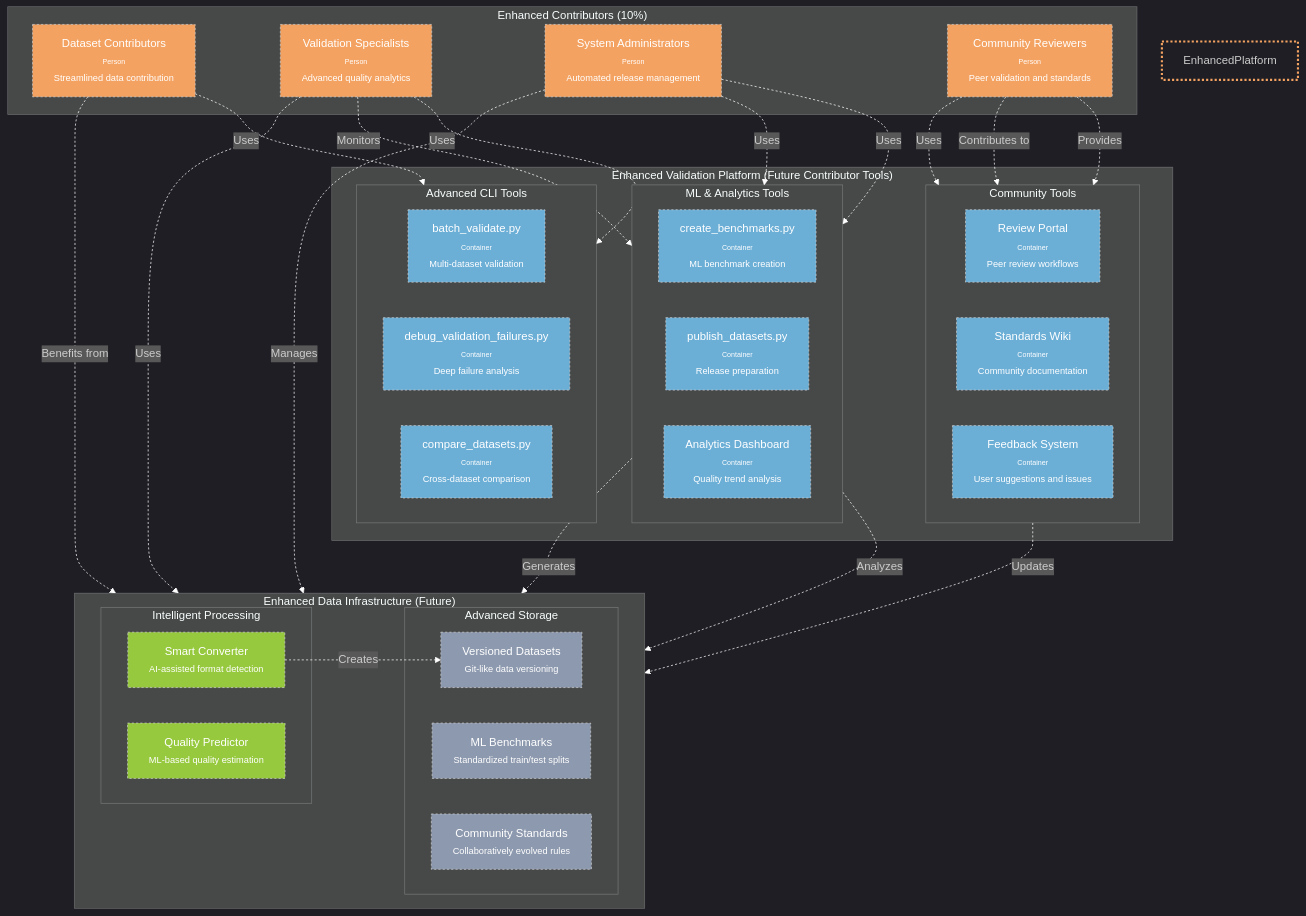
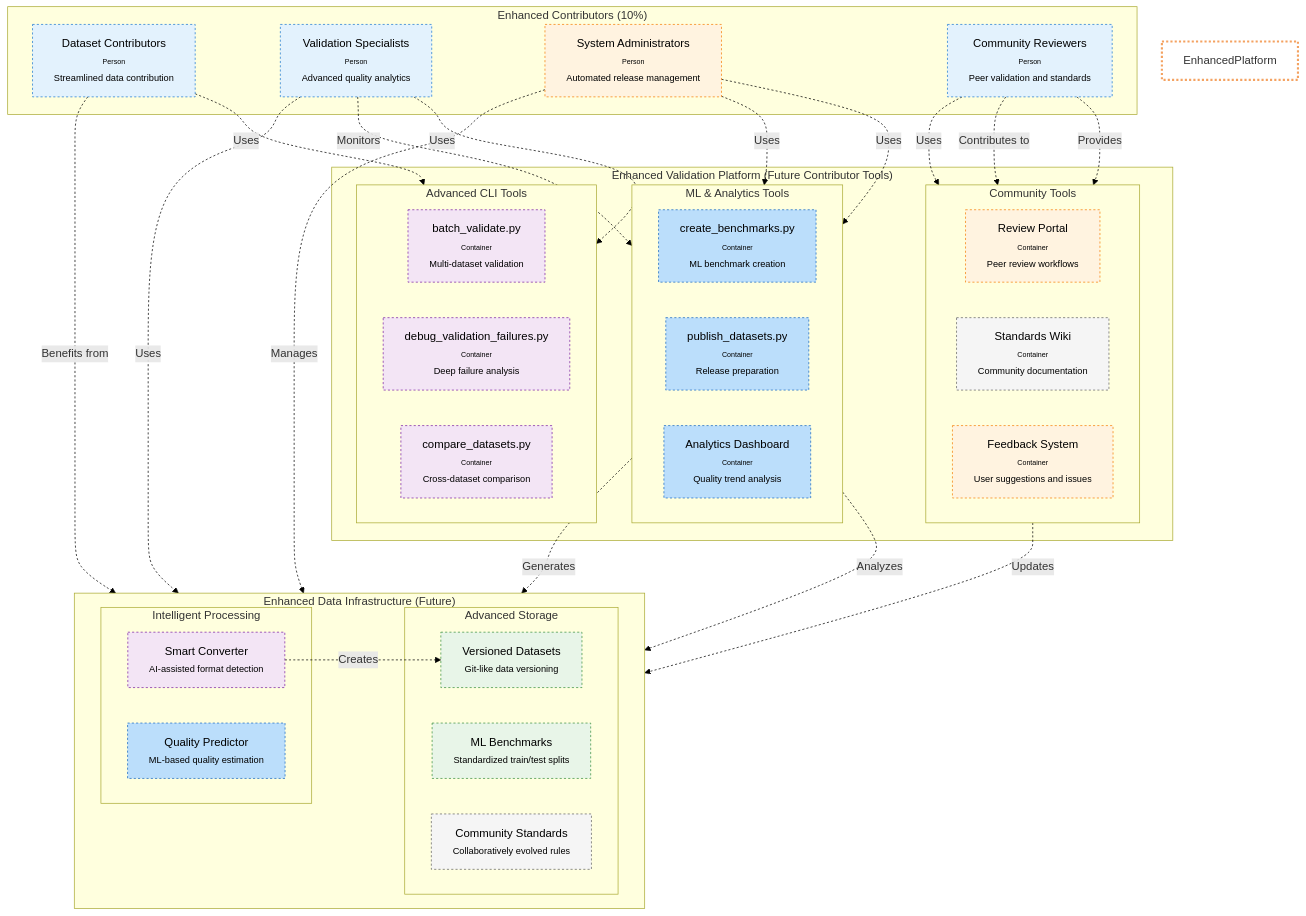
The first of 2 diagrams in docs/software_engineering/docs/03b_FUTURE_ARCHITECTURE.md (jmontp/LocoHub), drawn with Mermaid before and after one commit. The commit also changed other lines of this file and 14 other files, not shown here.

````diff
--- a/docs/software_engineering/docs/03b_FUTURE_ARCHITECTURE.md
+++ b/docs/software_engineering/docs/03b_FUTURE_ARCHITECTURE.md
@@ -28,5 +28,5 @@
 ```mermaid
-%%{init: {'theme': 'dark'}}%%
+%%{init: {'theme': 'default'}}%%
 graph TD
     subgraph "Enhanced Contributors (10%)"
         contributors["Dataset Contributors<br/><font size='-2'>Person</font><br/><font size='-1'>Streamlined data contribution</font>"]
@@ -96,26 +96,26 @@
     review_portal -- "Updates" --> community_standards
 
     %% Styling - Future Implementation (Dashed)
-    style contributors fill:#f4a261,color:white,stroke-dasharray:3
-    style specialists fill:#f4a261,color:white,stroke-dasharray:3
-    style admins fill:#f4a261,color:white,stroke-dasharray:3
-    style reviewers fill:#f4a261,color:white,stroke-dasharray:3
+    style contributors fill:#e3f2fd,color:#000000,stroke:#1976d2,stroke-dasharray:3
+    style specialists fill:#e3f2fd,color:#000000,stroke:#1976d2,stroke-dasharray:3
+    style admins fill:#fff3e0,color:#000000,stroke:#f57c00,stroke-dasharray:3
+    style reviewers fill:#e3f2fd,color:#000000,stroke:#1976d2,stroke-dasharray:3
     
-    style batch_validate fill:#6baed6,color:white,stroke-dasharray:3
-    style debug_failures fill:#6baed6,color:white,stroke-dasharray:3
-    style compare_datasets fill:#6baed6,color:white,stroke-dasharray:3
-    style create_benchmarks fill:#6baed6,color:white,stroke-dasharray:3
-    style publish_datasets fill:#6baed6,color:white,stroke-dasharray:3
-    style analytics_dashboard fill:#6baed6,color:white,stroke-dasharray:3
-    style review_portal fill:#6baed6,color:white,stroke-dasharray:3
-    style standards_wiki fill:#6baed6,color:white,stroke-dasharray:3
-    style feedback_system fill:#6baed6,color:white,stroke-dasharray:3
+    style batch_validate fill:#f3e5f5,color:#000000,stroke:#7b1fa2,stroke-dasharray:3
+    style debug_failures fill:#f3e5f5,color:#000000,stroke:#7b1fa2,stroke-dasharray:3
+    style compare_datasets fill:#f3e5f5,color:#000000,stroke:#7b1fa2,stroke-dasharray:3
+    style create_benchmarks fill:#bbdefb,color:#000000,stroke:#1565c0,stroke-dasharray:3
+    style publish_datasets fill:#bbdefb,color:#000000,stroke:#1565c0,stroke-dasharray:3
+    style analytics_dashboard fill:#bbdefb,color:#000000,stroke:#1565c0,stroke-dasharray:3
+    style review_portal fill:#fff3e0,color:#000000,stroke:#f57c00,stroke-dasharray:3
+    style standards_wiki fill:#f5f5f5,color:#000000,stroke:#616161,stroke-dasharray:3
+    style feedback_system fill:#fff3e0,color:#000000,stroke:#f57c00,stroke-dasharray:3
     
-    style auto_converter fill:#96c93d,color:white,stroke-dasharray:3
-    style quality_predictor fill:#96c93d,color:white,stroke-dasharray:3
-    style versioned_datasets fill:#8d99ae,color:white,stroke-dasharray:3
-    style ml_benchmarks fill:#8d99ae,color:white,stroke-dasharray:3
-    style community_standards fill:#8d99ae,color:white,stroke-dasharray:3
+    style auto_converter fill:#f3e5f5,color:#000000,stroke:#7b1fa2,stroke-dasharray:3
+    style quality_predictor fill:#bbdefb,color:#000000,stroke:#1565c0,stroke-dasharray:3
+    style versioned_datasets fill:#e8f5e8,color:#000000,stroke:#388e3c,stroke-dasharray:3
+    style ml_benchmarks fill:#e8f5e8,color:#000000,stroke:#388e3c,stroke-dasharray:3
+    style community_standards fill:#f5f5f5,color:#000000,stroke:#616161,stroke-dasharray:3
     
-    linkStyle default stroke:white,stroke-dasharray:3
+    linkStyle default stroke:black,stroke-dasharray:3
 ```
````
